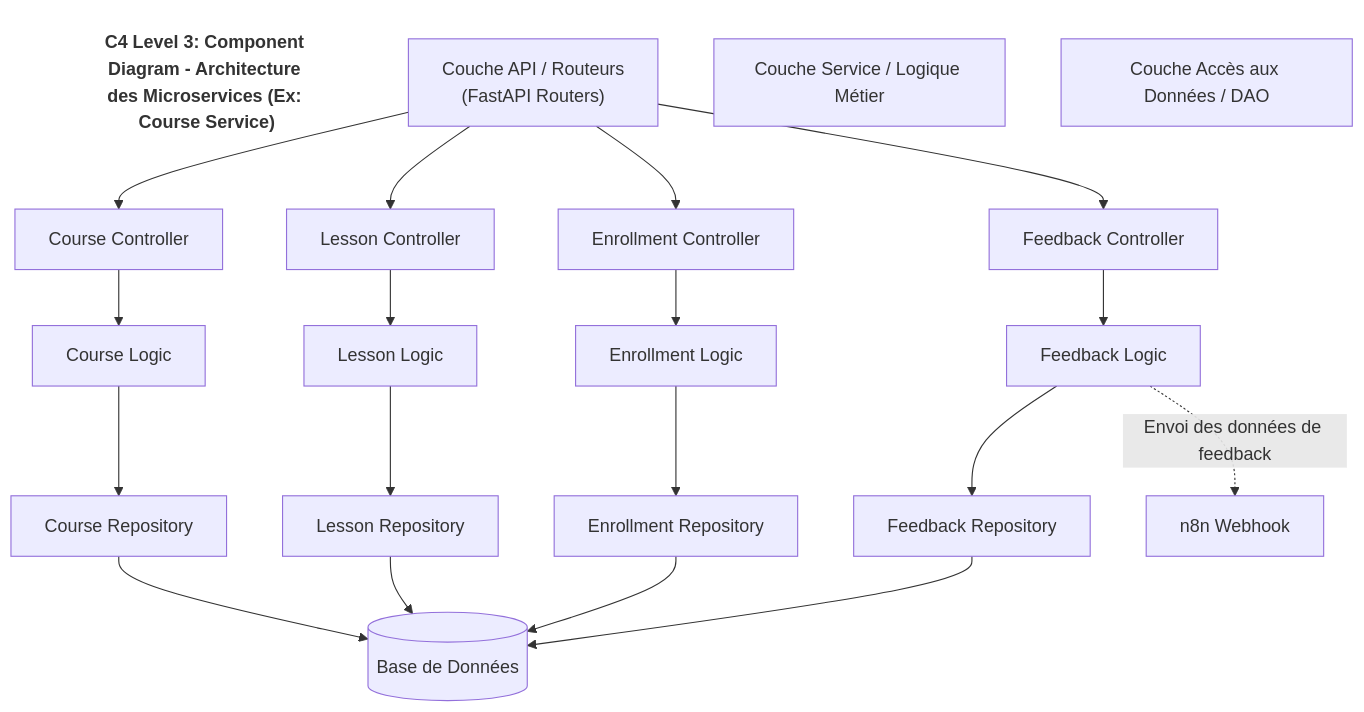
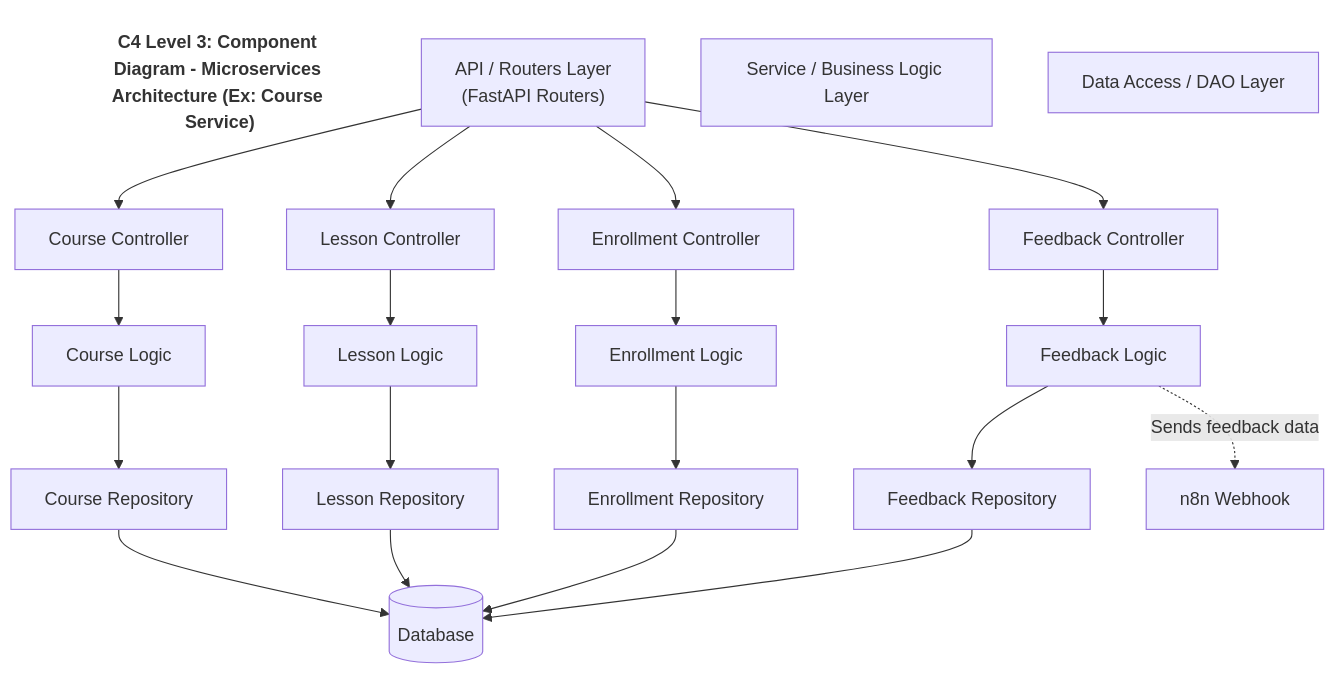
Before and after one commit to Sen-Se1/elearning-microservice-platform: the third of 10 diagrams in architecture.md, drawn with Mermaid. The commit also changed other lines of this file, not shown here.

Commit message:
docs: localize architecture terminology to English and refine Use Case diagrams

````diff
--- a/architecture.md
+++ b/architecture.md
@@ -75,41 +75,41 @@
 ```mermaid
 flowchart TD
-    title["C4 Level 3: Component Diagram - Architecture des Microservices (Ex: Course Service)"]
+    title["C4 Level 3: Component Diagram - Microservices Architecture (Ex: Course Service)"]
     style title fill:none,stroke:none,font-weight:bold,font-size:16px
 
-    API["Couche API / Routeurs<br/>(FastAPI Routers)"]
+    API["API / Routers Layer<br/>(FastAPI Routers)"]
     CourseCtrl["Course Controller"]
     LessonCtrl["Lesson Controller"]
     EnrollmentCtrl["Enrollment Controller"]
     FeedbackCtrl["Feedback Controller"]
     
-    ServiceLayer["Couche Service / Logique Métier"]
+    ServiceLayer["Service / Business Logic Layer"]
     CourseLogic["Course Logic"]
     LessonLogic["Lesson Logic"]
     EnrollmentLogic["Enrollment Logic"]
     FeedbackLogic["Feedback Logic"]
     
-    DAOLayer["Couche Accès aux Données / DAO"]
+    DAOLayer["Data Access / DAO Layer"]
     CourseRepo["Course Repository"]
     LessonRepo["Lesson Repository"]
     EnrollmentRepo["Enrollment Repository"]
     FeedbackRepo["Feedback Repository"]
 
-    DB[("Base de Données")]
+    DB[("Database")]
     n8n["n8n Webhook"]
 
     API --> CourseCtrl & LessonCtrl & EnrollmentCtrl & FeedbackCtrl
     CourseCtrl --> CourseLogic
     LessonCtrl --> LessonLogic
     EnrollmentCtrl --> EnrollmentLogic
     FeedbackCtrl --> FeedbackLogic
     
     CourseLogic --> CourseRepo
     LessonLogic --> LessonRepo
     EnrollmentLogic --> EnrollmentRepo
     FeedbackLogic --> FeedbackRepo
     
-    FeedbackLogic -.->|Envoi des données de feedback| n8n
+    FeedbackLogic -.->|Sends feedback data| n8n
 
     CourseRepo & LessonRepo & EnrollmentRepo & FeedbackRepo --> DB
 ```
````
